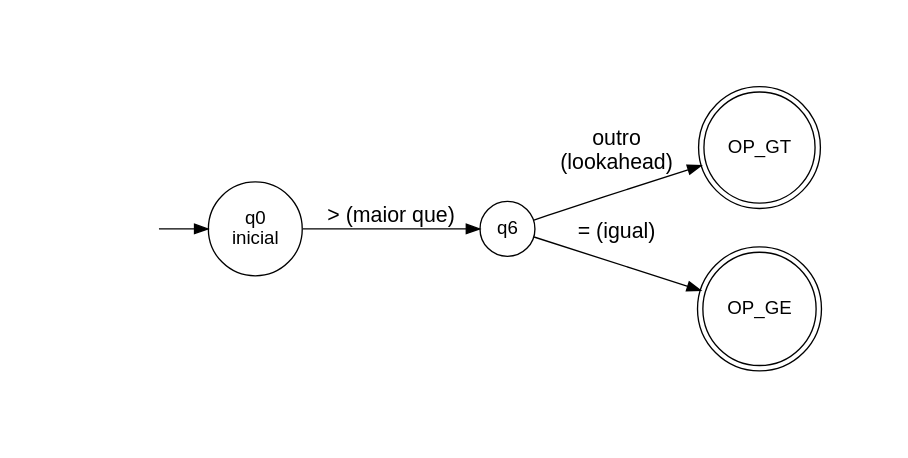
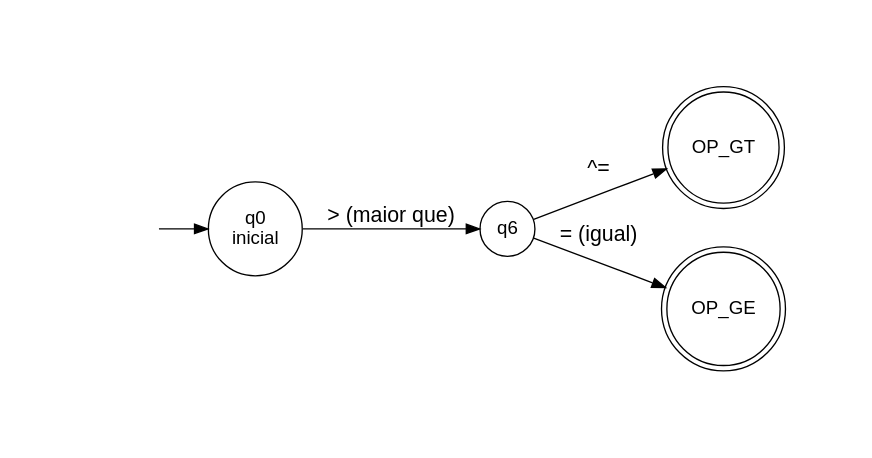
The diagram in Trabalho/analisador-lexico/AFDs/codigo/afd_operador_maior.dot (miguelhenriquecbl/LINGUAGENS-FORMAIS-AUT-MATOS-E-COMPILADORES), drawn with Graphviz before and after one commit. The commit also changed 18 other files, not shown here.

```diff
--- a/Trabalho/analisador-lexico/AFDs/codigo/afd_operador_maior.dot
+++ b/Trabalho/analisador-lexico/AFDs/codigo/afd_operador_maior.dot
@@ -1,32 +1,32 @@
 digraph afd_operador_maior {
     rankdir=LR;
     nodesep=0.4;
     pad=0.8;
     node [shape=circle, fontname="Arial"];
     edge [fontname="Arial", fontsize=16];
 
     /* estado invisível pra seta de entrada */
     inicio [shape=none, label=""];
 
     /* Estado Inicial */
     q0 [label="q0\ninicial"];
 
     /* estados intermediários */
     q6 [label="q6"];
 
     /* estados finais — círculo duplo */
     node [shape=doublecircle];
 
     /* Operadores relacionais */
     qOP_GT [label="OP_GT"]; /* > */
     qOP_GE [label="OP_GE"]; /* >= */
 
     /* seta de entrada */
     inicio -> q0;
 
     /* q0 -> estados intermediários */
     q0 -> q6 [label="> (maior que)"]; 
     q6 -> qOP_GE [label="= (igual)"]; 
-    q6 -> qOP_GT [label="outro\n(lookahead)"]; 
+    q6 -> qOP_GT [label="^="]; 
 
 }
```
